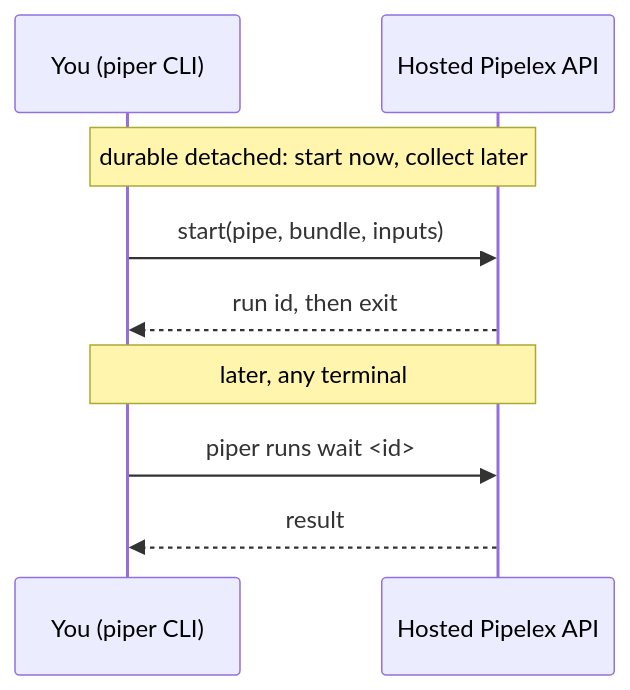
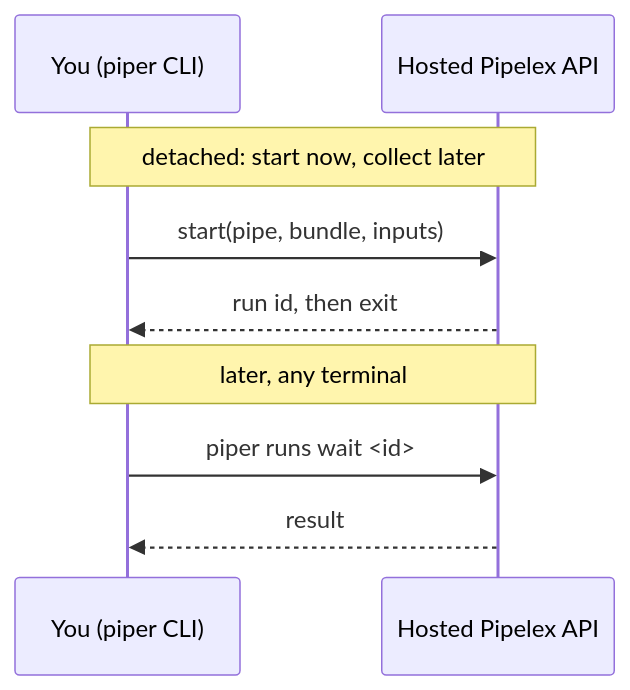
Before and after one commit to Pipelex/pipelex-starter-python: the fifth of 5 diagrams in README.md, drawn with Mermaid. The commit also changed other lines of this file and 5 other files, not shown here.

````diff
--- a/README.md
+++ b/README.md
@@ -209,11 +209,11 @@
 ```mermaid
 sequenceDiagram
     participant U as You (piper CLI)
     participant API as Hosted Pipelex API
-    Note over U,API: durable detached: start now, collect later
+    Note over U,API: detached: start now, collect later
     U->>API: start(pipe, bundle, inputs)
     API-->>U: run id, then exit
     Note over U,API: later, any terminal
     U->>API: piper runs wait <id>
     API-->>U: result
 ```
````
